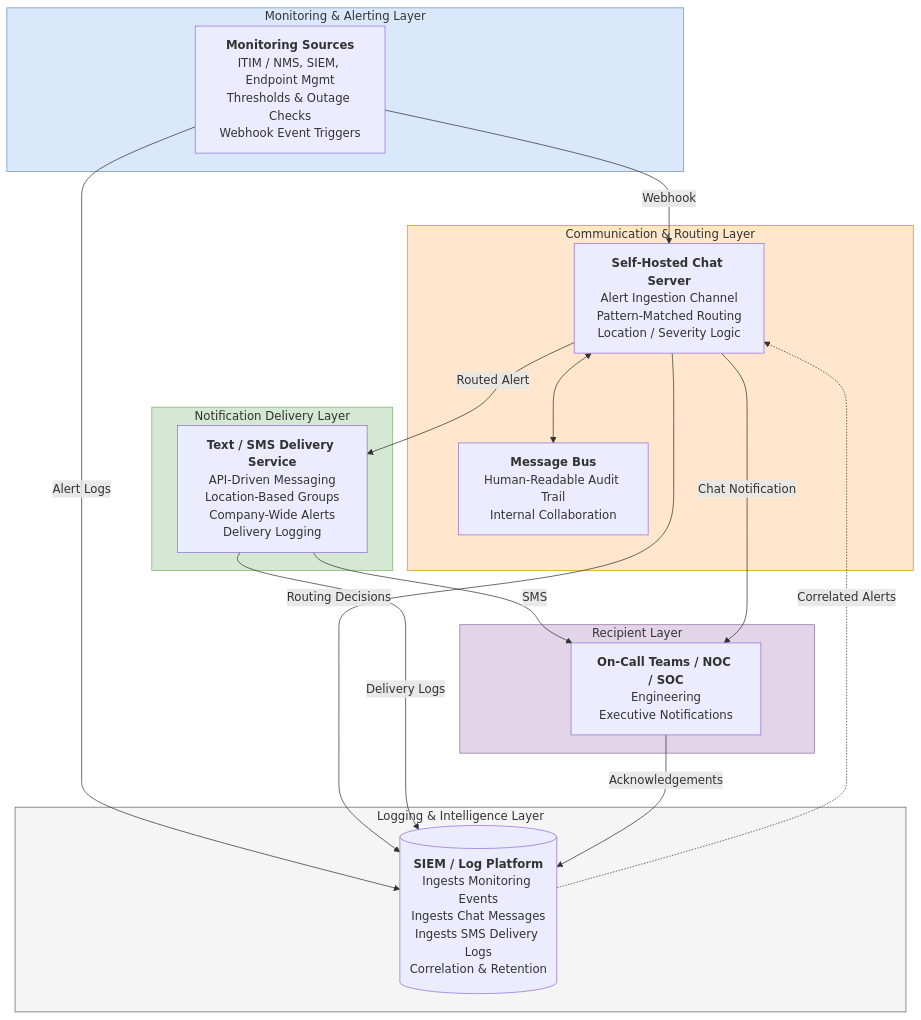
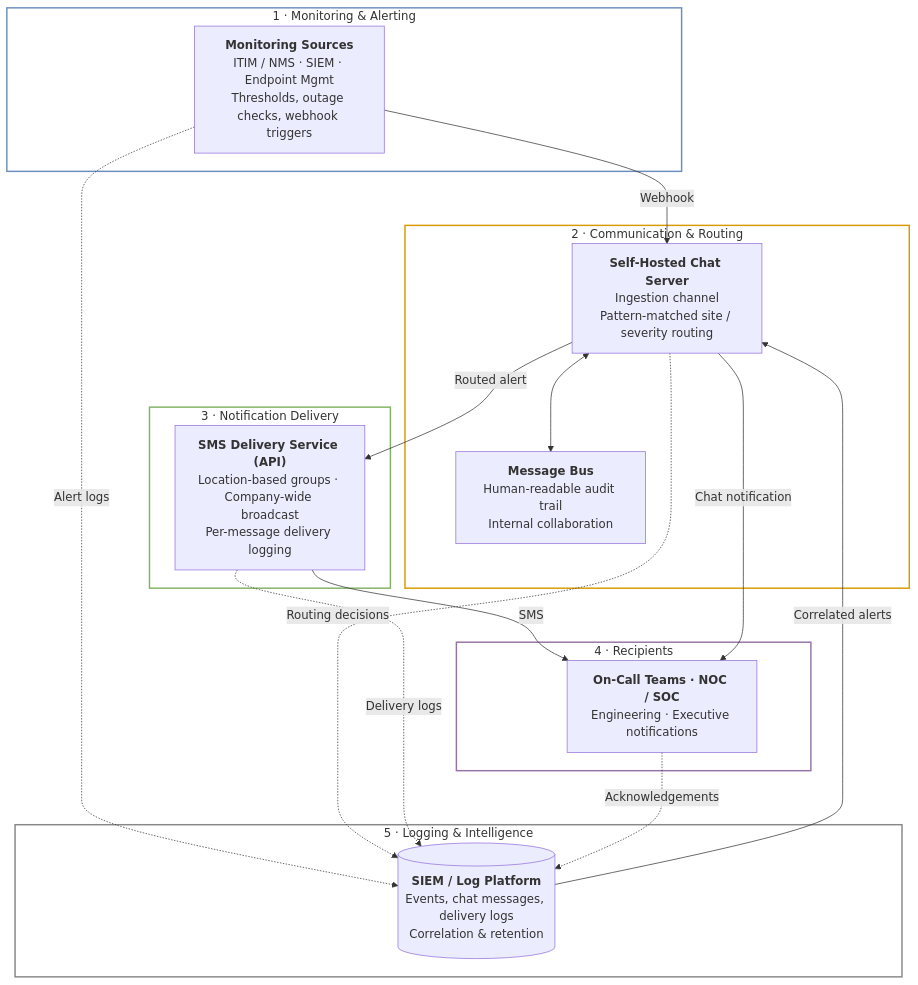
The diagram in diagrams/alerting-architecture.mmd (Moondark87/unified-alerting-architecture), drawn with Mermaid before and after one commit. The commit also changed 1 other file, not shown here.

Commit message:
Make architecture diagram readable in dark mode
Use outline-only layer styling so subgraph titles keep the theme text color, and shorten node labels to reduce wrapping.

```diff
--- a/diagrams/alerting-architecture.mmd
+++ b/diagrams/alerting-architecture.mmd
@@ -1,47 +1,47 @@
-graph TD
+flowchart TB
     %% Layer 1: Monitoring
-    subgraph L1 [Monitoring & Alerting Layer]
-        A[<b>Monitoring Sources</b><br/>ITIM / NMS, SIEM, Endpoint Mgmt<br/>Thresholds & Outage Checks<br/>Webhook Event Triggers]
+    subgraph L1 ["1 · Monitoring & Alerting"]
+        A["<b>Monitoring Sources</b><br/>ITIM / NMS · SIEM · Endpoint Mgmt<br/>Thresholds, outage checks, webhook triggers"]
     end
 
-    %% Layer 2: Communication
-    subgraph L2 [Communication & Routing Layer]
-        B1[<b>Self-Hosted Chat Server</b><br/>Alert Ingestion Channel<br/>Pattern-Matched Routing<br/>Location / Severity Logic]
-        B2[<b>Message Bus</b><br/>Human-Readable Audit Trail<br/>Internal Collaboration]
+    %% Layer 2: Communication & Routing
+    subgraph L2 ["2 · Communication & Routing"]
+        B1["<b>Self-Hosted Chat Server</b><br/>Ingestion channel<br/>Pattern-matched site / severity routing"]
+        B2["<b>Message Bus</b><br/>Human-readable audit trail<br/>Internal collaboration"]
         B1 <--> B2
     end
 
     %% Layer 3: Delivery
-    subgraph L3 [Notification Delivery Layer]
-        C[<b>Text / SMS Delivery Service</b><br/>API-Driven Messaging<br/>Location-Based Groups<br/>Company-Wide Alerts<br/>Delivery Logging]
+    subgraph L3 ["3 · Notification Delivery"]
+        C["<b>SMS Delivery Service (API)</b><br/>Location-based groups · Company-wide broadcast<br/>Per-message delivery logging"]
     end
 
     %% Layer 4: Recipients
-    subgraph L4 [Recipient Layer]
-        D[<b>On-Call Teams / NOC / SOC</b><br/>Engineering<br/>Executive Notifications]
+    subgraph L4 ["4 · Recipients"]
+        D["<b>On-Call Teams · NOC / SOC</b><br/>Engineering · Executive notifications"]
     end
 
     %% Layer 5: Logging
-    subgraph L5 [Logging & Intelligence Layer]
-        E[(<b>SIEM / Log Platform</b><br/>Ingests Monitoring Events<br/>Ingests Chat Messages<br/>Ingests SMS Delivery Logs<br/>Correlation & Retention)]
+    subgraph L5 ["5 · Logging & Intelligence"]
+        E[("<b>SIEM / Log Platform</b><br/>Events, chat messages, delivery logs<br/>Correlation & retention")]
     end
 
-    %% Main Flow Connections
+    %% Main flow
     A -- Webhook --> B1
-    B1 -- Routed Alert --> C
+    B1 -- Routed alert --> C
     C -- SMS --> D
-    B1 -- Chat Notification --> D
+    B1 -- Chat notification --> D
 
-    %% Logging Connections
-    A -- Alert Logs --> E
-    B1 -- Routing Decisions --> E
-    C -- Delivery Logs --> E
-    D -- Acknowledgements --> E
-    E -. Correlated Alerts .-> B1
+    %% Logging
+    A -. Alert logs .-> E
+    B1 -. Routing decisions .-> E
+    C -. Delivery logs .-> E
+    D -. Acknowledgements .-> E
+    E -- Correlated alerts --> B1
 
-    %% Styling
-    style L1 fill:#dae8fc,stroke:#6c8ebf
-    style L2 fill:#ffe6cc,stroke:#d79b00
-    style L3 fill:#d5e8d4,stroke:#82b366
-    style L4 fill:#e1d5e7,stroke:#9673a6
-    style L5 fill:#f5f5f5,stroke:#666666
+    %% Styling: outline-only so titles stay readable in light and dark themes
+    style L1 fill:none,stroke:#6c8ebf,stroke-width:2px
+    style L2 fill:none,stroke:#d79b00,stroke-width:2px
+    style L3 fill:none,stroke:#82b366,stroke-width:2px
+    style L4 fill:none,stroke:#9673a6,stroke-width:2px
+    style L5 fill:none,stroke:#888888,stroke-width:2px
```
